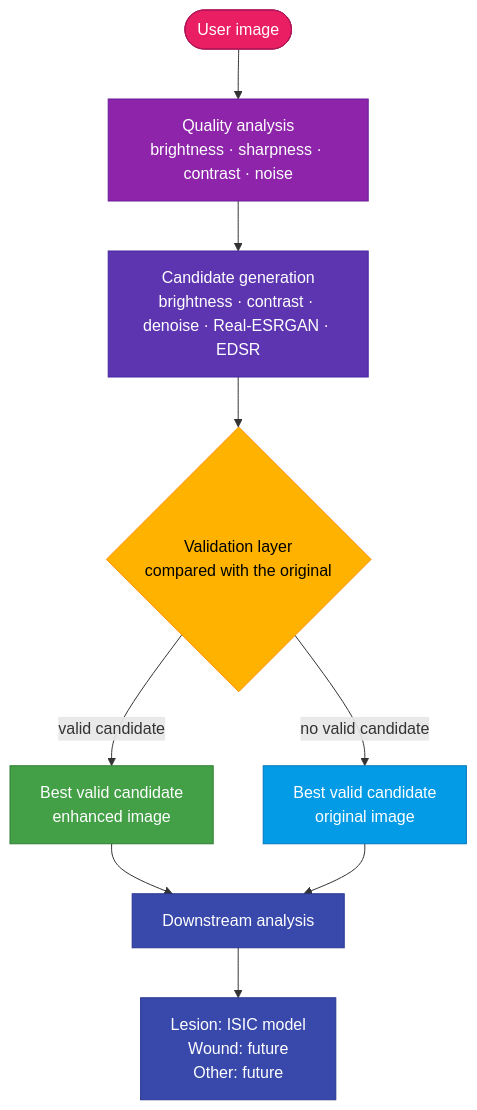
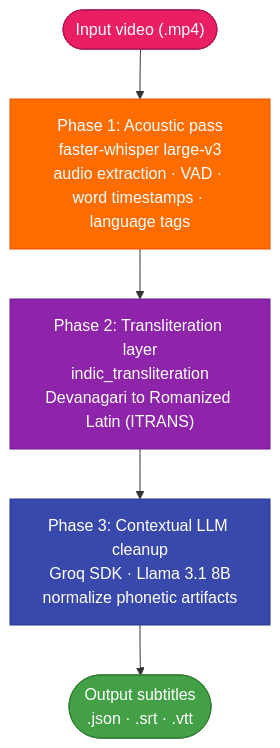
The first of 5 diagrams in README.md (stutikatiyar/CapFlow), drawn with Mermaid before and after one commit. The commit also changed other lines of this file, not shown here.

````diff
--- a/README.md
+++ b/README.md
@@ -198,26 +93,18 @@
 ```mermaid
 flowchart TD
-    A([User image]) --> B["Quality analysis<br/>brightness · sharpness · contrast · noise"]
-    B --> C["Candidate generation<br/>brightness · contrast · denoise · Real-ESRGAN · EDSR"]
-    C --> D{"Validation layer<br/>compared with the original"}
-    D -- "valid candidate" --> E["Best valid candidate<br/>enhanced image"]
-    D -- "no valid candidate" --> F["Best valid candidate<br/>original image"]
-    E --> G["Downstream analysis"]
-    F --> G
-    G --> H["Lesion: ISIC model<br/>Wound: future<br/>Other: future"]
+    A(["Input video (.mp4)"]) --> B["Phase 1: Acoustic pass<br/>faster-whisper large-v3<br/>audio extraction · VAD · word timestamps · language tags"]
+    B --> C["Phase 2: Transliteration layer<br/>indic_transliteration<br/>Devanagari to Romanized Latin (ITRANS)"]
+    C --> D["Phase 3: Contextual LLM cleanup<br/>Groq SDK · Llama 3.1 8B<br/>normalize phonetic artifacts"]
+    D --> E(["Output subtitles<br/>.json · .srt · .vtt"])
 
     classDef input fill:#E91E63,stroke:#AD1457,color:#fff
-    classDef analyze fill:#8E24AA,stroke:#6A1B9A,color:#fff
-    classDef generate fill:#5E35B1,stroke:#4527A0,color:#fff
-    classDef decide fill:#FFB300,stroke:#FF8F00,color:#000
-    classDef good fill:#43A047,stroke:#2E7D32,color:#fff
-    classDef safe fill:#039BE5,stroke:#0277BD,color:#fff
-    classDef out fill:#3949AB,stroke:#283593,color:#fff
+    classDef p1 fill:#FF6D00,stroke:#E65100,color:#fff
+    classDef p2 fill:#8E24AA,stroke:#6A1B9A,color:#fff
+    classDef p3 fill:#3949AB,stroke:#283593,color:#fff
+    classDef out fill:#43A047,stroke:#2E7D32,color:#fff
     class A input
-    class B analyze
-    class C generate
-    class D decide
-    class E good
-    class F safe
-    class G,H out
+    class B p1
+    class C p2
+    class D p3
+    class E out
 ```
````
